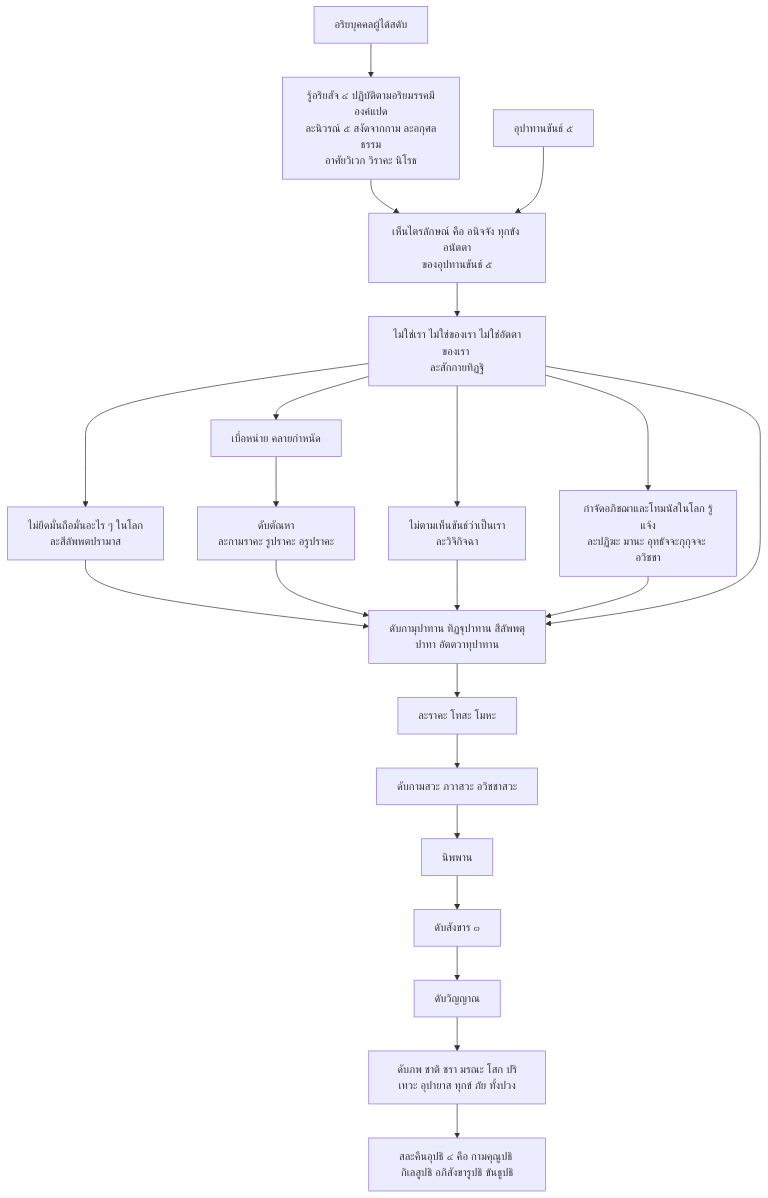
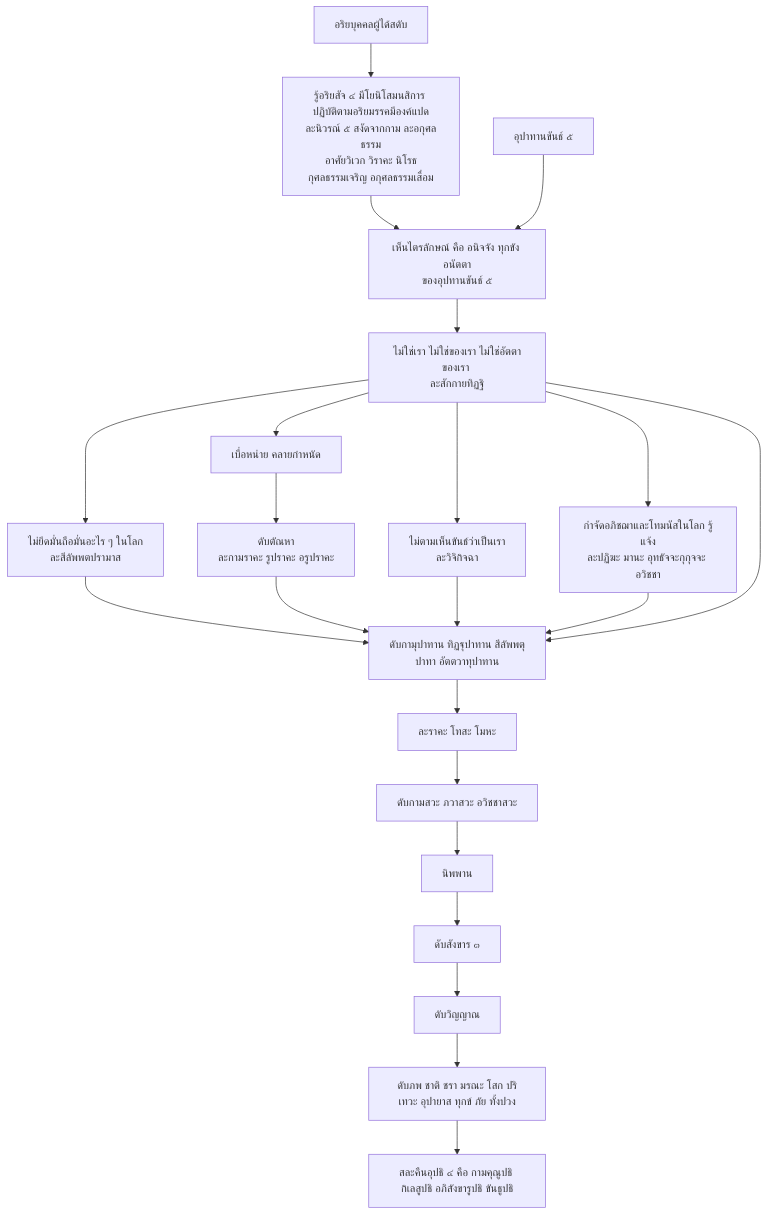
One commit to Kietpawpan/buddism changed the second of 2 diagrams in README.md. Above: the diagram before and after it, drawn with Mermaid.

````diff
--- a/README.md
+++ b/README.md
@@ -36,12 +36,12 @@
 ```mermaid
 flowchart TD
 AR[อริยบุคคลผู้ได้สดับ]-->MK
-MK[รู้อริยสัจ ๔ ปฏิบัติตามอริยมรรคมีองค์แปด\nละนิวรณ์ ๕ สงัดจากกาม ละอกุศลธรรม\nอาศัยวิเวก วิราคะ นิโรธ]-->Q
+MK[รู้อริยสัจ ๔ มีโยนิโสมนสิการ \nปฏิบัติตามอริยมรรคมีองค์แปด\nละนิวรณ์ ๕ สงัดจากกาม ละอกุศลธรรม\nอาศัยวิเวก วิราคะ นิโรธ\nกุศลธรรมเจริญ อกุศลธรรมเสื่อม]-->Q
 P[อุปาทานขันธ์ ๕]-->Q[เห็นไตรลักษณ์ คือ อนิจจัง ทุกขัง อนัตตา\nของอุปทานขันธ์ ๕]-->R[ไม่ใช่เรา ไม่ใช่ของเรา ไม่ใช่อัตตาของเรา \nละสักกายทิฏฐิ]
 R-->U[ไม่ยึดมั่นถือมั่นอะไร ๆ ในโลก \nละสีลัพพตปรามาส]-->W[ดับกามุปาทาน ทิฏฐุปาทาน สีลัพพตุปาทา อัตตวาทุปาทาน]-->AA[ละราคะ โทสะ โมหะ]-->AB[ดับกามสวะ ภวาสวะ อวิชชาสวะ]-->X[นิพพาน]-->V[ดับสังขาร ๓]-->AD[ดับวิญญาณ]-->AC[ดับภพ ชาติ ชรา มรณะ โสก ปริเทวะ อุปายาส ทุกข์ ภัย ทั้งปวง]-->UP[สละคืนอุปธิ ๔ คือ กามคุณูปธิ กิเลสูปธิ อภิสังขารูปธิ ขันธูปธิ]
 R-->S[เบื่อหน่าย คลายกำหนัด]-->T[ดับตัณหา \nละกามราคะ รูปราคะ อรูปราคะ]
 T-->W
 R-->Y[ไม่ตามเห็นขันธ์ว่าเป็นเรา \nละวิจิกิจฉา]-->W
 R-->Z[กำจัดอภิชฌาและโทมนัสในโลก รู้แจ้ง\nละปฏิฆะ มานะ อุทธัจจะกุกุจจะ อวิชชา]-->W
 R-->W
 ```
````
